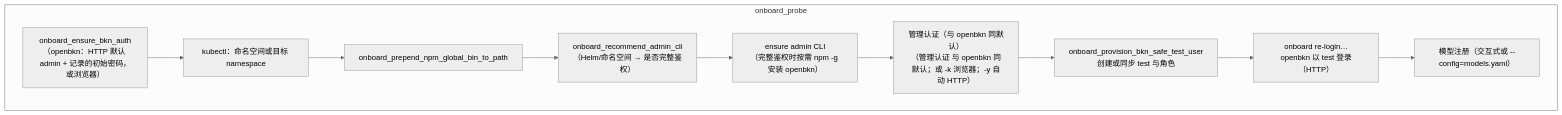
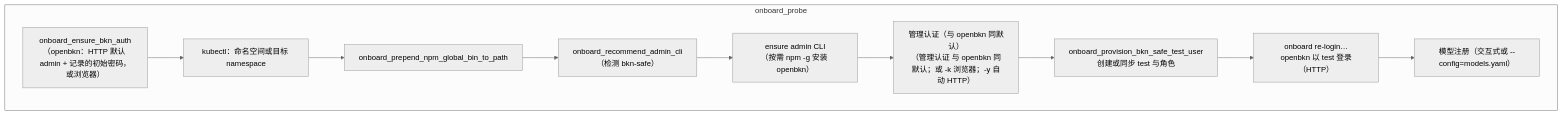
The second of 3 diagrams in help/zh/install.md (openbkn-ai/bkn-foundry), drawn with Mermaid (neutral theme) before and after one commit. The commit also changed other lines of this file and 163 other files, not shown here.

````diff
--- a/help/zh/install.md
+++ b/help/zh/install.md
@@ -312,13 +292,13 @@
 ```mermaid
 flowchart TB
   subgraph probe["onboard_probe"]
     A["onboard_ensure_bkn_auth\n（openbkn：HTTP 默认 admin + 记录的初始密码，或浏览器）"] --> B["kubectl：命名空间或目标 namespace"]
     B --> C["onboard_prepend_npm_global_bin_to_path"]
-    C --> D["onboard_recommend_admin_cli（Helm/命名空间 → 是否完整鉴权）"]
-    D --> E["ensure admin CLI\n（完整鉴权时按需 npm -g 安装 openbkn）"]
+    C --> D["onboard_recommend_admin_cli（检测 bkn-safe）"]
+    D --> E["ensure admin CLI\n（按需 npm -g 安装 openbkn）"]
     E --> F["管理认证（与 openbkn 同默认）\n（管理认证 与 openbkn 同默认；或 -k 浏览器；-y 自动 HTTP）"]
     F --> G1["onboard_provision_bkn_safe_test_user\n创建或同步 test 与角色"]
     G1 --> G2["onboard re-login…\nopenbkn 以 test 登录（HTTP）"]
     G2 --> H["模型注册（交互式或 --config=models.yaml）"]
   end
 ```
````
